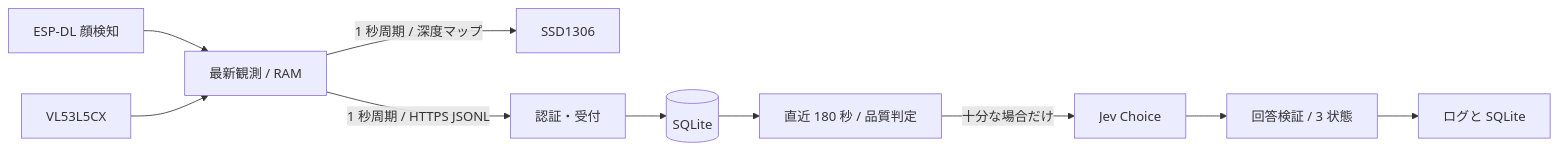
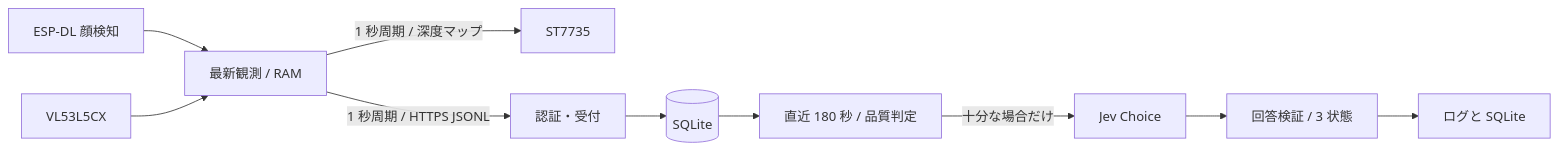
Before and after one commit to tkumata/prone-guard: the diagram in docs/current/DESIGN.md, drawn with Mermaid. The commit also changed other lines of this file and 5 other files, not shown here.

First line of the commit message:
Refactor display components from OLED to TFT

````diff
--- a/docs/current/DESIGN.md
+++ b/docs/current/DESIGN.md
@@ -14,12 +14,12 @@
 ```mermaid
 flowchart LR
   Face[ESP-DL 顔検知] --> Snapshot[最新観測 / RAM]
   Depth[VL53L5CX] --> Snapshot
-  Snapshot -->|1 秒周期 / 深度マップ| OLED[SSD1306]
+  Snapshot -->|1 秒周期 / 深度マップ| TFT[ST7735]
   Snapshot -->|1 秒周期 / HTTPS JSONL| API[認証・受付]
   API --> SQLite[(SQLite)]
   SQLite --> Quality[直近 180 秒 / 品質判定]
   Quality -->|十分な場合だけ| Jev[Jev Choice]
   Jev --> Validate[回答検証 / 3 状態]
   Validate --> Results[ログと SQLite]
 ```
````
